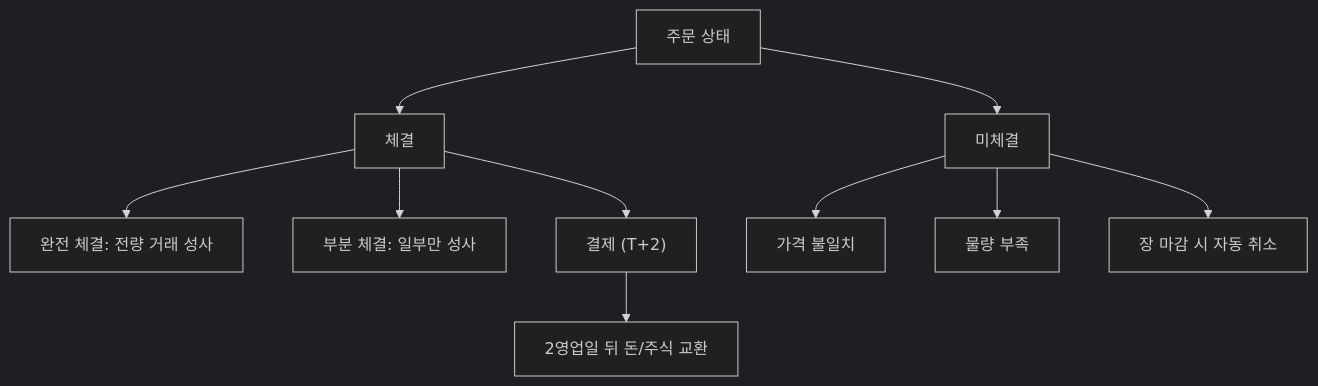
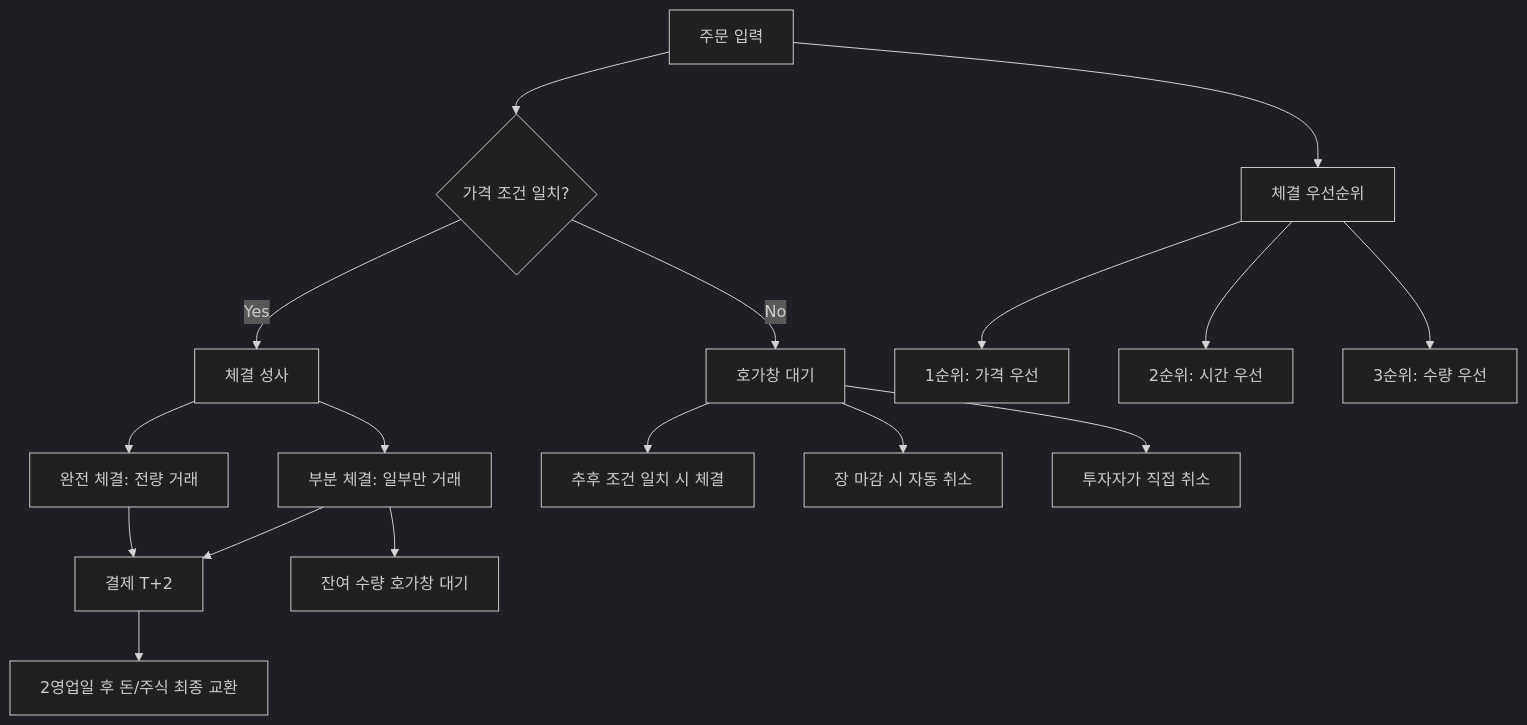
The diagram in content/stock-terms/ko/level-02-market-trading/execution.md (yeongseon/stock-visual-note), drawn with Mermaid (dark theme) before and after one commit. The commit also changed other lines of this file, not shown here.

Commit message:
content: rewrite execution.md — add partial fill timeline, slippage example, execution intensity analysis, VWAP concept

````diff
--- a/content/stock-terms/ko/level-02-market-trading/execution.md
+++ b/content/stock-terms/ko/level-02-market-trading/execution.md
@@ -49,12 +50,24 @@
 ```mermaid
 graph TD
-    A["주문 상태"] --> B["체결"]
-    A --> C["미체결"]
-    B --> B1["완전 체결: 전량 거래 성사"]
-    B --> B2["부분 체결: 일부만 성사"]
-    C --> C1["가격 불일치"]
-    C --> C2["물량 부족"]
-    C --> C3["장 마감 시 자동 취소"]
-    B --> D["결제 (T+2)"]
-    D --> D1["2영업일 뒤 돈/주식 교환"]
+    A["주문 입력"] --> B{"가격 조건 일치?"}
+    B -->|Yes| C["체결 성사"]
+    B -->|No| D["호가창 대기"]
+
+    C --> C1["완전 체결: 전량 거래"]
+    C --> C2["부분 체결: 일부만 거래"]
+
+    D --> D1["추후 조건 일치 시 체결"]
+    D --> D2["장 마감 시 자동 취소"]
+    D --> D3["투자자가 직접 취소"]
+
+    C1 --> E["결제 T+2"]
+    C2 --> E
+    C2 --> F["잔여 수량 호가창 대기"]
+
+    E --> E1["2영업일 후 돈/주식 최종 교환"]
+
+    A --> G["체결 우선순위"]
+    G --> G1["1순위: 가격 우선"]
+    G --> G2["2순위: 시간 우선"]
+    G --> G3["3순위: 수량 우선"]
 ```
````
